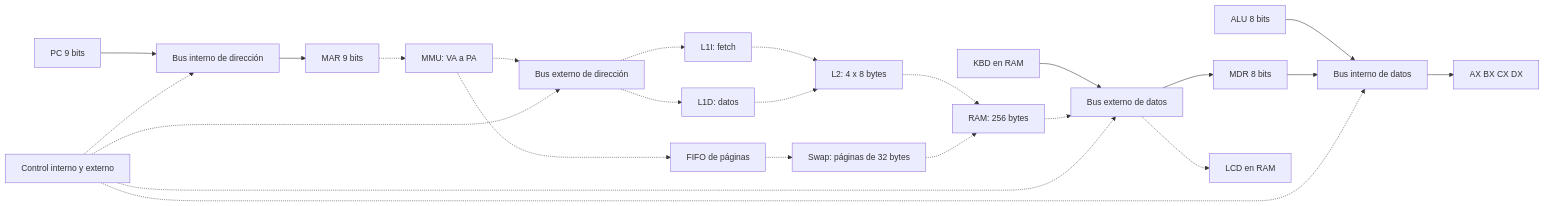
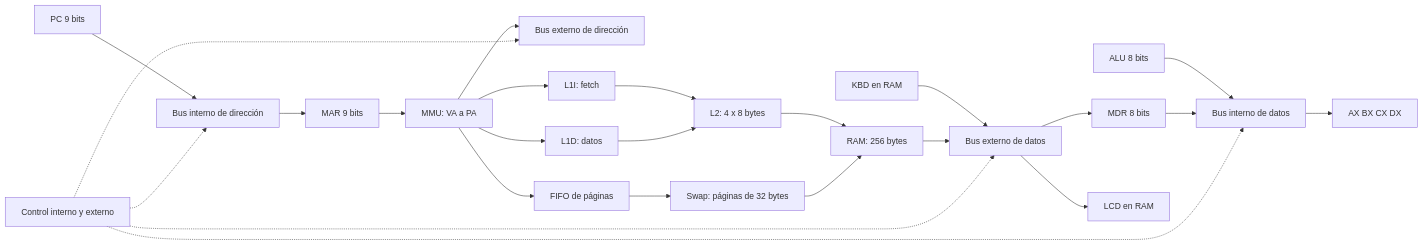
One commit to cristiancarvajal22/arquitectura-parcial2 changed the diagram in docs/es/ARQUITECTURA_ISA.md. Above: the diagram before and after it, drawn with Mermaid. The commit also changed other lines of this file and 5 other files, not shown here.

````diff
--- a/docs/es/ARQUITECTURA_ISA.md
+++ b/docs/es/ARQUITECTURA_ISA.md
@@ -26,22 +31,22 @@
 ```mermaid
 flowchart LR
   PC[PC 9 bits] --> IA[Bus interno de dirección] --> MAR[MAR 9 bits]
   ALU[ALU 8 bits] --> ID[Bus interno de datos] --> REG[AX BX CX DX]
   KBD[KBD en RAM] --> ED[Bus externo de datos] --> MDR[MDR 8 bits] --> ID
-  MAR -.-> MMU[MMU: VA a PA]
-  MMU -.-> EA[Bus externo de dirección]
-  EA -.-> L1I[L1I: fetch]
-  EA -.-> L1D[L1D: datos]
-  L1I -.-> L2[L2: 4 x 8 bytes]
-  L1D -.-> L2
-  L2 -.-> RAM[RAM: 256 bytes]
-  RAM -.-> ED
-  ED -.-> LCD[LCD en RAM]
-  MMU -.-> FIFO[FIFO de páginas]
-  FIFO -.-> SWAP[Swap: páginas de 32 bytes]
-  SWAP -.-> RAM
+  MAR --> MMU[MMU: VA a PA]
+  MMU --> EA[Bus externo de dirección]
+  MMU --> L1I[L1I: fetch]
+  MMU --> L1D[L1D: datos]
+  L1I --> L2[L2: 4 x 8 bytes]
+  L1D --> L2
+  L2 --> RAM[RAM: 256 bytes]
+  RAM --> ED
+  ED --> LCD[LCD en RAM]
+  MMU --> FIFO[FIFO de páginas]
+  FIFO --> SWAP[Swap: páginas de 32 bytes]
+  SWAP --> RAM
   CU[Control interno y externo] -.-> IA
   CU -.-> ID
   CU -.-> ED
   CU -.-> EA
 ```
````
